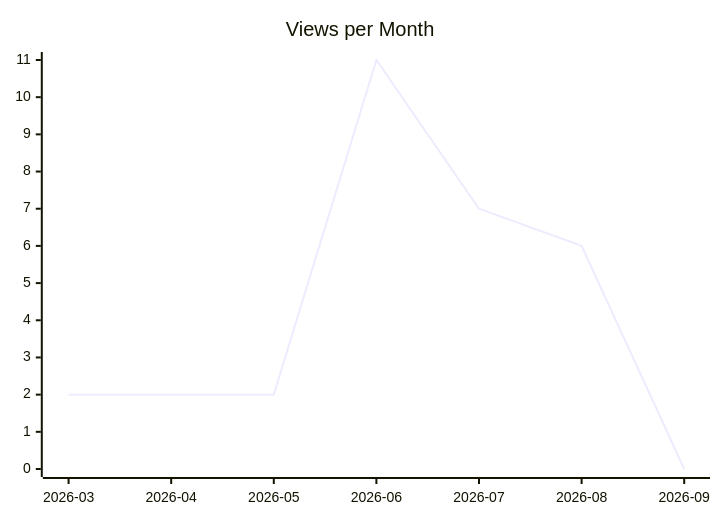
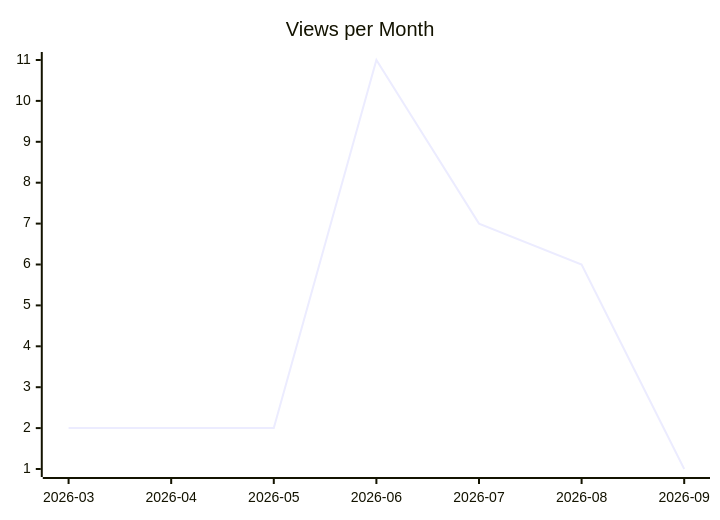
The second of 3 diagrams in karlmdavis/ansible-role-jenkins2/README.md (justdavis-family/github-analytics-data), drawn with Mermaid before and after one commit. The commit also changed other lines of this file and 191 other files, not shown here.

````diff
--- a/karlmdavis/ansible-role-jenkins2/README.md
+++ b/karlmdavis/ansible-role-jenkins2/README.md
@@ -12,6 +12,6 @@
 ```mermaid
 xychart-beta
   title "Views per Month"
   x-axis ["2026-03", "2026-04", "2026-05", "2026-06", "2026-07", "2026-08", "2026-09"]
-  line [2, 2, 2, 11, 7, 6, 0]
+  line [2, 2, 2, 11, 7, 6, 1]
 ```
````
